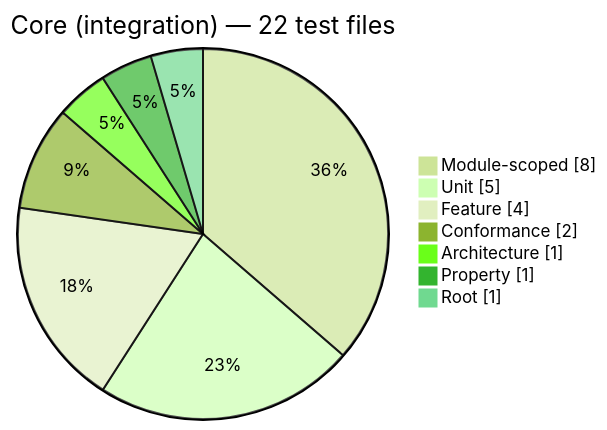
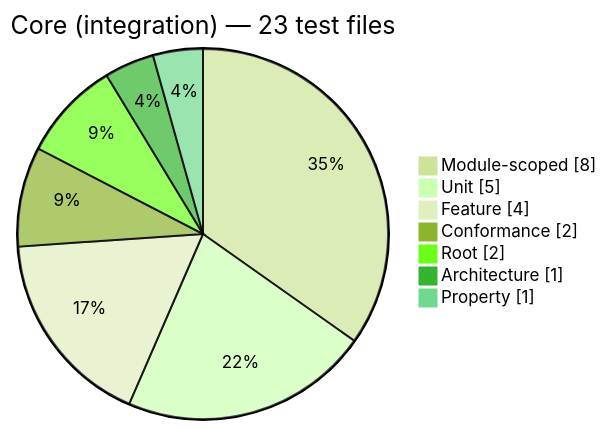
One commit to Mohammed-Alama/php-arazzo changed the sixth of 7 diagrams in docs/generated/test-composition.md. Above: the diagram before and after it, drawn with Mermaid (forest theme). The commit also changed other lines of this file and 6 other files, not shown here.

````diff
--- a/docs/generated/test-composition.md
+++ b/docs/generated/test-composition.md
@@ -86,11 +86,11 @@
 ```mermaid
 pie showData
-    title Core (integration) — 22 test files
+    title Core (integration) — 23 test files
     "Module-scoped": 8
     "Unit": 5
     "Feature": 4
     "Conformance": 2
+    "Root": 2
     "Architecture": 1
     "Property": 1
-    "Root": 1
 ```
````
